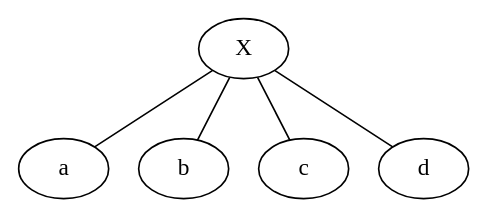
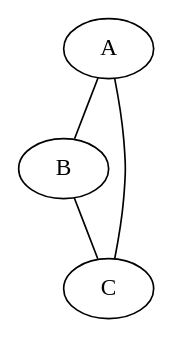
Before and after one commit to peep-hole/TiAG-Project: the diagram in initialGraph.gv, drawn with Graphviz. The commit also changed 34 other files, not shown here.

```diff
--- a/initialGraph.gv
+++ b/initialGraph.gv
@@ -1,11 +1,8 @@
-strict graph G {
-  0 [ label="X" ];
-  1 [ label="a" ];
-  2 [ label="b" ];
-  3 [ label="c" ];
-  4 [ label="d" ];
-  0 -- 1;
-  0 -- 2;
-  0 -- 3;
-  0 -- 4;
-}
+strict graph G_0 {
+       v1 -- v2;
+       v2 -- v3;
+       v3 -- v1;
+       v1 [label="A"];
+       v2 [label="B"];
+       v3 [label="C"];
+       }
```
